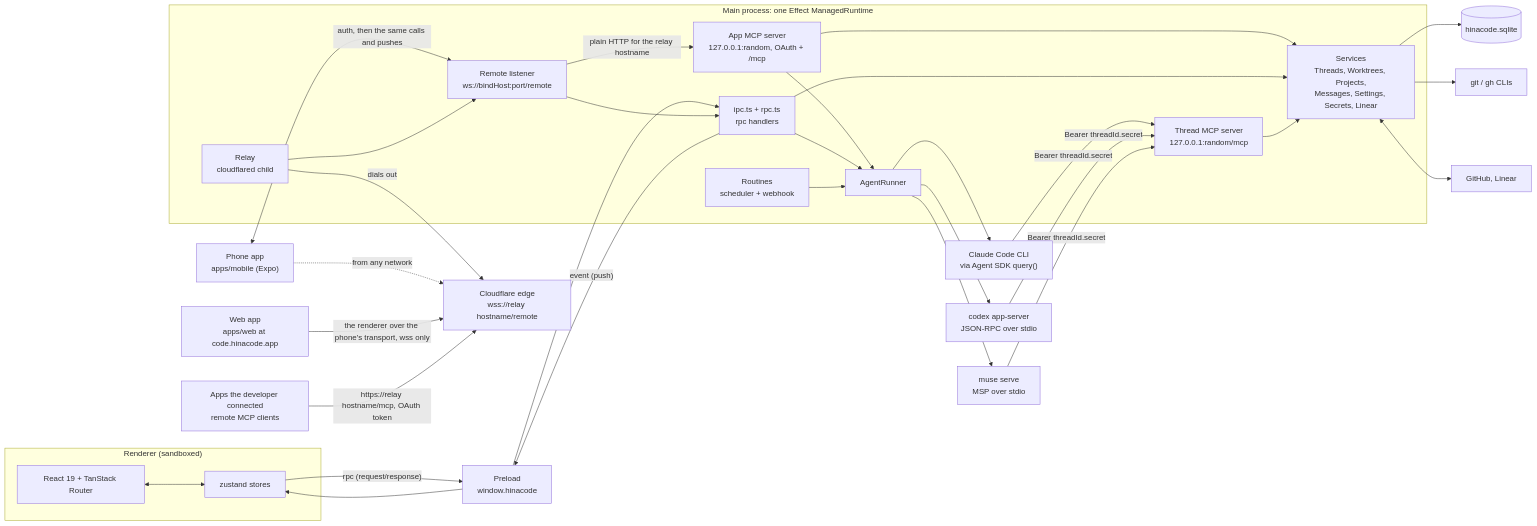
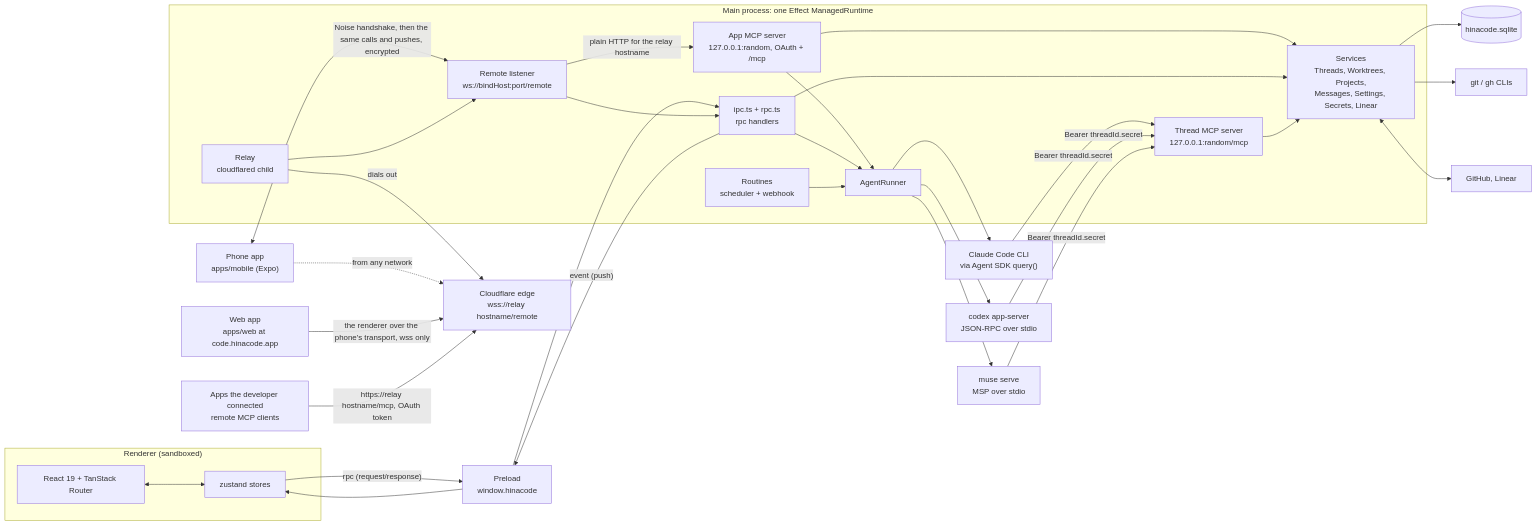
One commit to hinadev-ai/hinacode changed the first of 19 diagrams in docs/arch.md. Above: the diagram before and after it, drawn with Mermaid. The commit also changed other lines of this file and 94 other files, not shown here.

````diff
--- a/docs/arch.md
+++ b/docs/arch.md
@@ -7,48 +7,48 @@
 ```mermaid
 flowchart LR
   subgraph renderer["Renderer (sandboxed)"]
     ui["React 19 + TanStack Router"]
     stores["zustand stores"]
   end
   preload["Preload<br/>window.hinacode"]
   subgraph main["Main process: one Effect ManagedRuntime"]
     ipc["ipc.ts + rpc.ts<br/>rpc handlers"]
     services["Services<br/>Threads, Worktrees, Projects,<br/>Messages, Settings, Secrets, Linear"]
     runner["AgentRunner"]
     mcp["Thread MCP server<br/>127.0.0.1:random/mcp"]
     apps["App MCP server<br/>127.0.0.1:random, OAuth + /mcp"]
     autos["Routines<br/>scheduler + webhook"]
     remote["Remote listener<br/>ws://bindHost:port/remote"]
     relay["Relay<br/>cloudflared child"]
   end
   phone["Phone app<br/>apps/mobile (Expo)"]
   web["Web app<br/>apps/web at code.hinacode.app"]
   outside["Apps the developer connected<br/>remote MCP clients"]
   edge["Cloudflare edge<br/>wss://relay hostname/remote"]
   db[("hinacode.sqlite")]
   claude["Claude Code CLI<br/>via Agent SDK query()"]
   codex["codex app-server<br/>JSON-RPC over stdio"]
   muse["muse serve<br/>MSP over stdio"]
   git["git / gh CLIs"]
   ext["GitHub, Linear"]
 
   ui <--> stores
   stores -- "rpc (request/response)" --> preload --> ipc
   ipc -- "event (push)" --> preload --> stores
-  phone -- "auth, then the same calls and pushes" <--> remote --> ipc
+  phone -- "Noise handshake, then the same calls and pushes, encrypted" <--> remote --> ipc
   phone -. "from any network" .-> edge
   web -- "the renderer over the phone's transport, wss only" --> edge
   relay -- "dials out" --> edge
   relay --> remote
   outside -- "https://relay hostname/mcp, OAuth token" --> edge
   remote -- "plain HTTP for the relay hostname" --> apps
   apps --> services & runner
   ipc --> services & runner
   runner --> claude & codex & muse
   claude & codex & muse -- "Bearer threadId.secret" --> mcp
   mcp --> services
   services --> db
   services --> git
   services <--> ext
   autos --> runner
 ```
````
